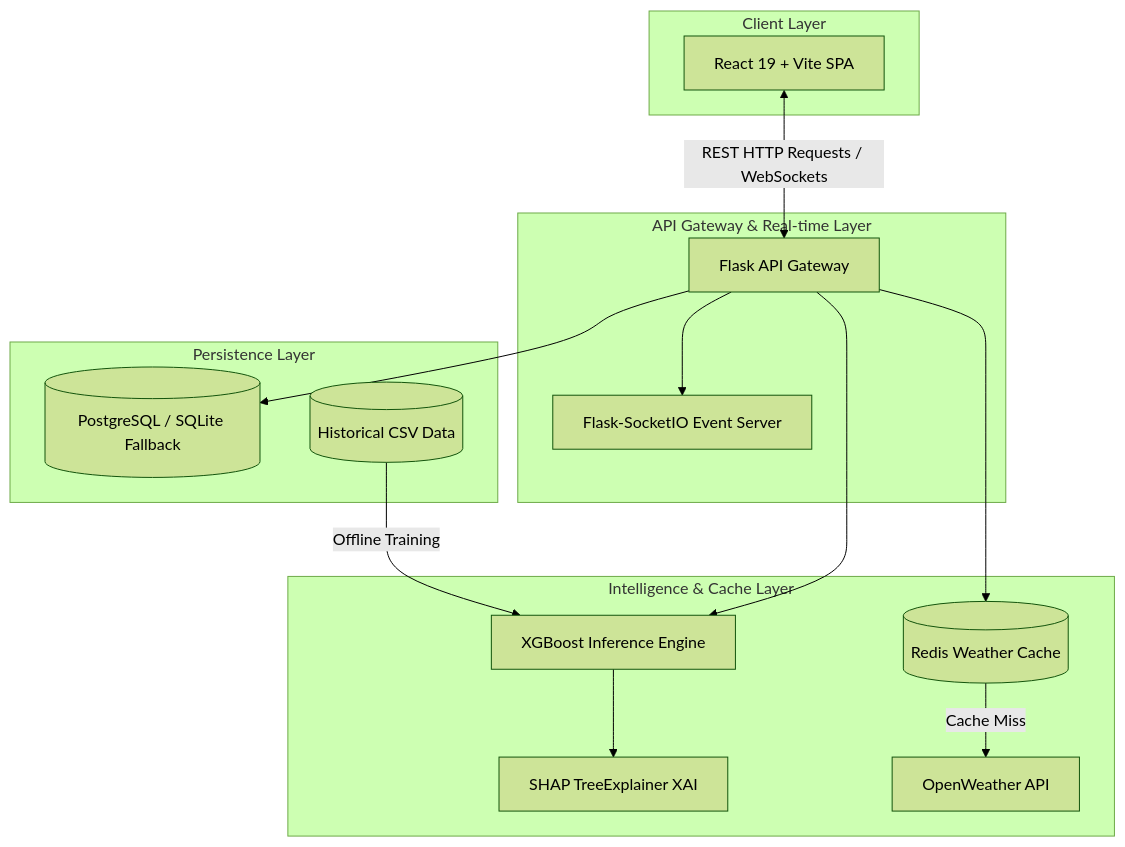
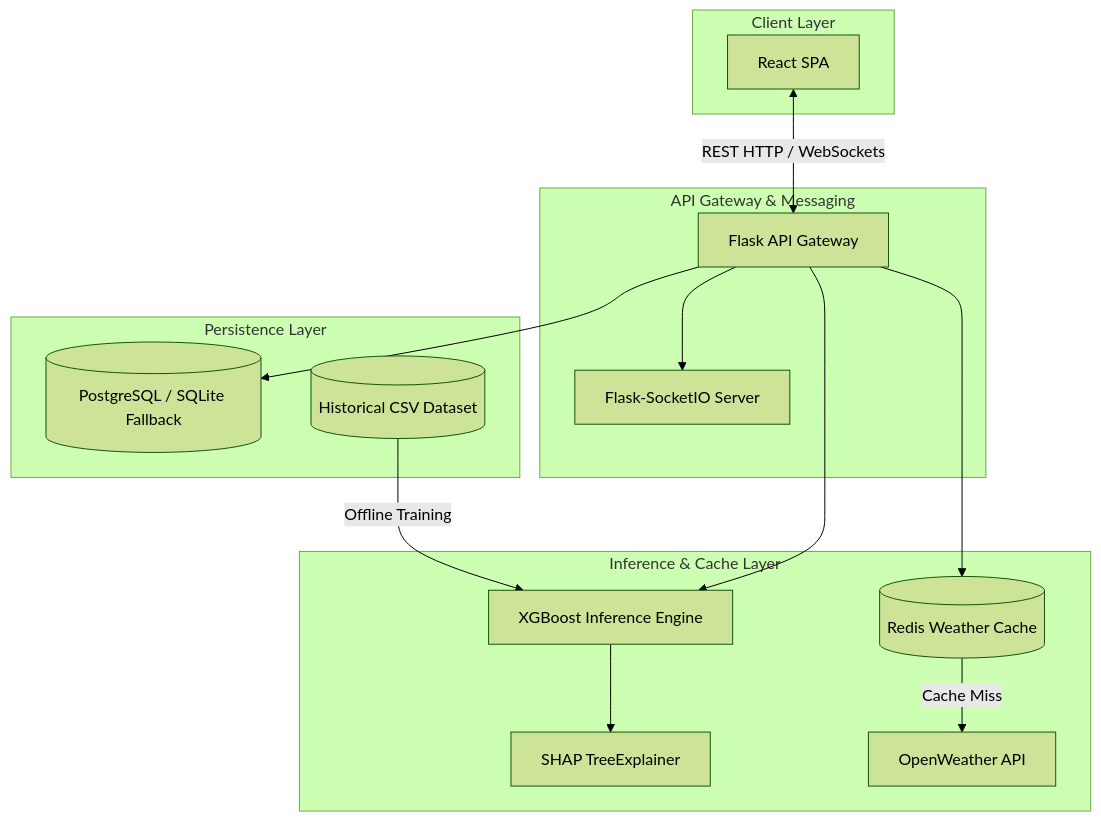
The diagram in README.md (Ganesh-403/FlightDelayAI), drawn with Mermaid (forest theme) before and after one commit. The commit also changed other lines of this file, not shown here.

````diff
--- a/README.md
+++ b/README.md
@@ -11,32 +11,32 @@
 ```mermaid
 graph TD
     subgraph "Client Layer"
-        SPA[React 19 + Vite SPA]
+        SPA[React SPA]
     end
 
-    subgraph "API Gateway & Real-time Layer"
+    subgraph "API Gateway & Messaging"
         Flask[Flask API Gateway]
-        WS[Flask-SocketIO Event Server]
+        WS[Flask-SocketIO Server]
     end
 
-    subgraph "Intelligence & Cache Layer"
+    subgraph "Inference & Cache Layer"
         XGB[XGBoost Inference Engine]
-        SHAP[SHAP TreeExplainer XAI]
+        SHAP[SHAP TreeExplainer]
         Redis[(Redis Weather Cache)]
         OWM[OpenWeather API]
     end
 
     subgraph "Persistence Layer"
         DB[(PostgreSQL / SQLite Fallback)]
-        CSV[(Historical CSV Data)]
+        CSV[(Historical CSV Dataset)]
     end
 
-    SPA <-->|REST HTTP Requests / WebSockets| Flask
+    SPA <-->|REST HTTP / WebSockets| Flask
     Flask --> WS
     Flask --> XGB
     XGB --> SHAP
     Flask --> Redis
     Redis -->|Cache Miss| OWM
     Flask --> DB
     CSV -->|Offline Training| XGB
 ```
````
